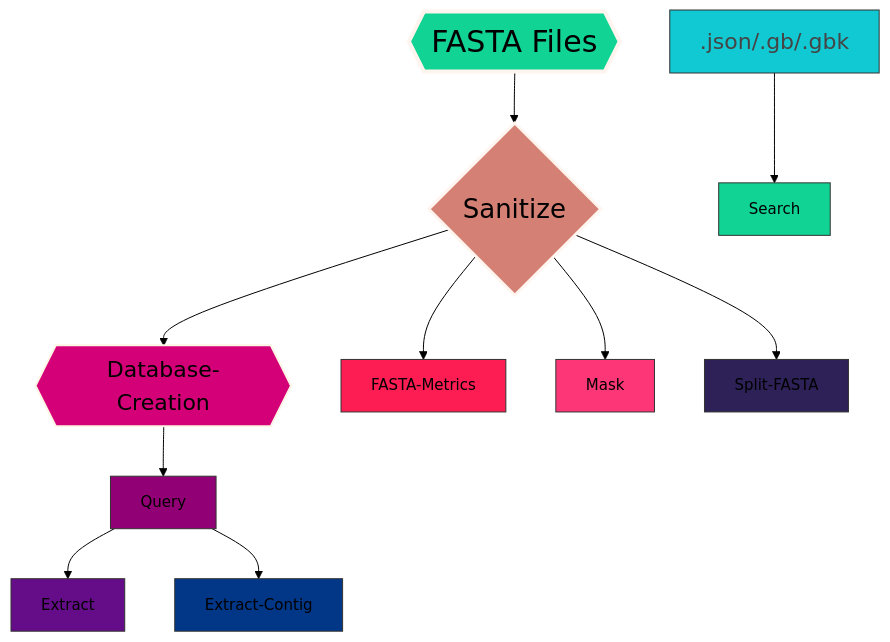
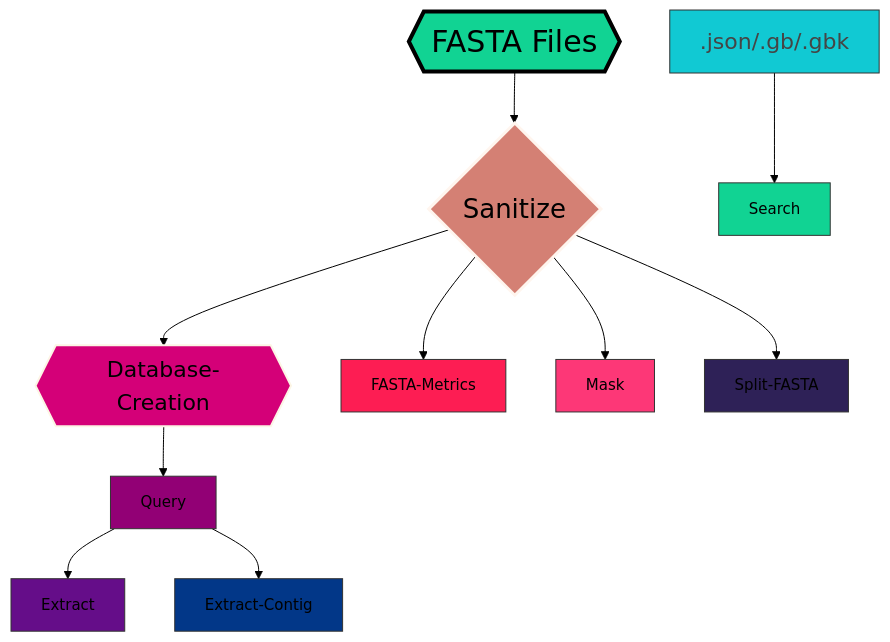
The diagram in README.md (ERBringHorvath/SeqForge), drawn with Mermaid (forest theme) before and after one commit.

````diff
--- a/README.md
+++ b/README.md
@@ -80,25 +80,25 @@
 ```mermaid
 graph TD;
     Z{{FASTA Files}}-->A{Sanitize};
     A{Sanitize}-->B{{Database-Creation}};
     B{{Database-Creation}}-->C[Query];
     C[Query]-->D[Extract];
     C[Query]-->E[Extract-Contig];
     A{Sanitize}-->F[FASTA-Metrics];
     A{Sanitize}-->G[Mask];
     A{Sanitize}-->H[Split-FASTA];
     I[.json/.gb/.gbk]-->J[Search];
 
     %% Custom style for Sanitize node
-    style Z fill:#11d393,stroke:#fff5ee,stroke-width:4,font-size:30
+    style Z fill:#11d393,stroke:#000000,stroke-width:4,font-size:30
     style A fill:#d48074,stroke:#fff5ee,stroke-width:3,font-size:26px
     style B fill:#d40078,stroke:#FCF5E5,stroke-width:2,font-size:22px
     style C fill:#920075,stroke:#333,stroke-width:1,font-size:15px
     style D fill:#650D89,stroke:#333,stroke-width:1,font-size:15px
     style E fill:#023788,stroke:#333,stroke-width:1,font-size:15px
     style F fill:#fd1d53,stroke:#333,stroke-width:1,font-size:15px
     style G fill:#fd3777,stroke:#333,stroke-width:1,font-size:15px
     style H fill:#2e2157,stroke:#333,stroke-width:1,font-size:15px
     style I fill:#11c9d3,stroke:#333,stroke-width:1,font-size:22px,color:#454545
     style J fill:#11d393,stroke:#333,stroke-width:1,font-size:15px
 ```
````
